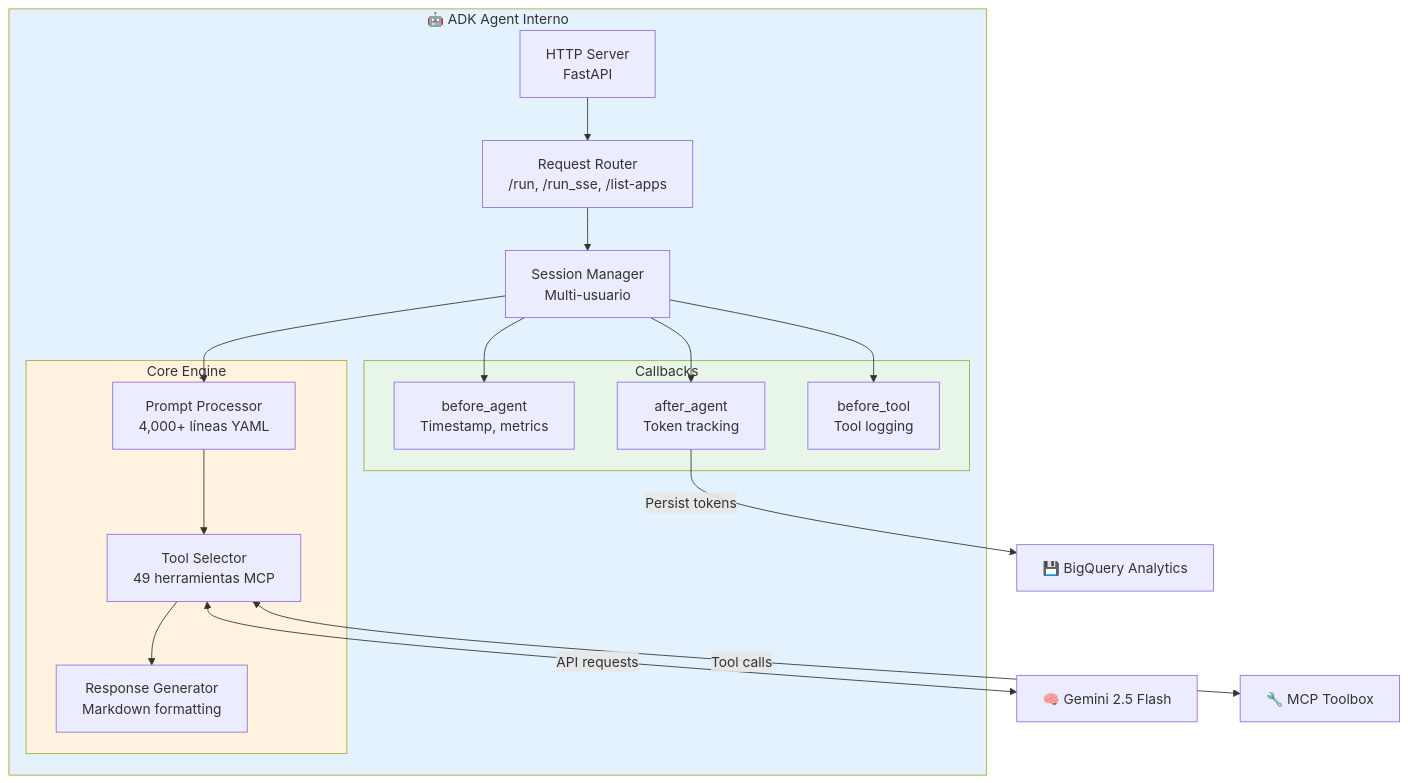
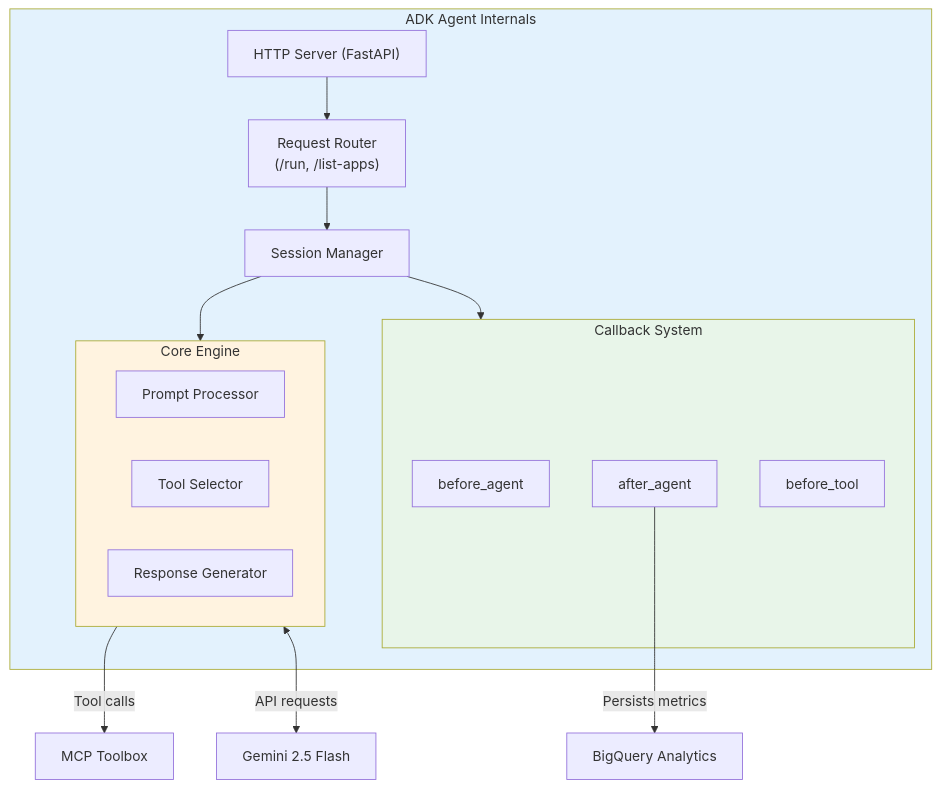
One commit to miguelp7200/agente changed diagram 15 of 16 in docs/official/architecture/20_SYSTEM_ARCHITECTURE.md. Above: the diagram before and after it, drawn with Mermaid. The commit also changed other lines of this file and 12 other files, not shown here.

````diff
--- a/docs/official/architecture/20_SYSTEM_ARCHITECTURE.md
+++ b/docs/official/architecture/20_SYSTEM_ARCHITECTURE.md
@@ -862,41 +862,35 @@
 ```mermaid
 graph TB
-    subgraph ADKInternal["🤖 ADK Agent Interno"]
-        HTTP["HTTP Server<br/>FastAPI"]
-        Router["Request Router<br/>/run, /run_sse, /list-apps"]
-        SessionMgr["Session Manager<br/>Multi-usuario"]
+    subgraph ADKInternal["ADK Agent Internals"]
+        HTTP["HTTP Server (FastAPI)"]
+        Router["Request Router<br/>(/run, /list-apps)"]
+        SessionMgr["Session Manager"]
         
         subgraph Core["Core Engine"]
-            Prompt["Prompt Processor<br/>4,000+ líneas YAML"]
-            ToolSelector["Tool Selector<br/>49 herramientas MCP"]
-            ResponseGen["Response Generator<br/>Markdown formatting"]
+            Prompt["Prompt Processor"]
+            ToolSelector["Tool Selector"]
+            ResponseGen["Response Generator"]
         end
         
-        subgraph Callbacks["Callbacks"]
-            Before["before_agent<br/>Timestamp, metrics"]
-            After["after_agent<br/>Token tracking"]
-            ToolBefore["before_tool<br/>Tool logging"]
+        subgraph Callbacks["Callback System"]
+            Before["before_agent"]
+            After["after_agent"]
+            ToolBefore["before_tool"]
         end
     end
     
-    Gemini["🧠 Gemini 2.5 Flash"]
-    MCP["🔧 MCP Toolbox"]
-    BQ["💾 BigQuery Analytics"]
+    Gemini["Gemini 2.5 Flash"]
+    MCP["MCP Toolbox"]
+    BQ["BigQuery Analytics"]
     
-    HTTP --> Router
-    Router --> SessionMgr
-    SessionMgr --> Prompt
-    Prompt --> ToolSelector
-    ToolSelector <-->|Tool calls| MCP
-    ToolSelector <-->|API requests| Gemini
-    ToolSelector --> ResponseGen
+    HTTP --> Router --> SessionMgr --> Core
+    Core -->|Tool calls| MCP
+    Core <-->|API requests| Gemini
     
-    SessionMgr --> Before
-    SessionMgr --> After
-    SessionMgr --> ToolBefore
-    After -->|Persist tokens| BQ
+    SessionMgr --> Callbacks
+    After -->|Persists metrics| BQ
     
     style ADKInternal fill:#e3f2fd
     style Core fill:#fff3e0
     style Callbacks fill:#e8f5e9
 ```
````
